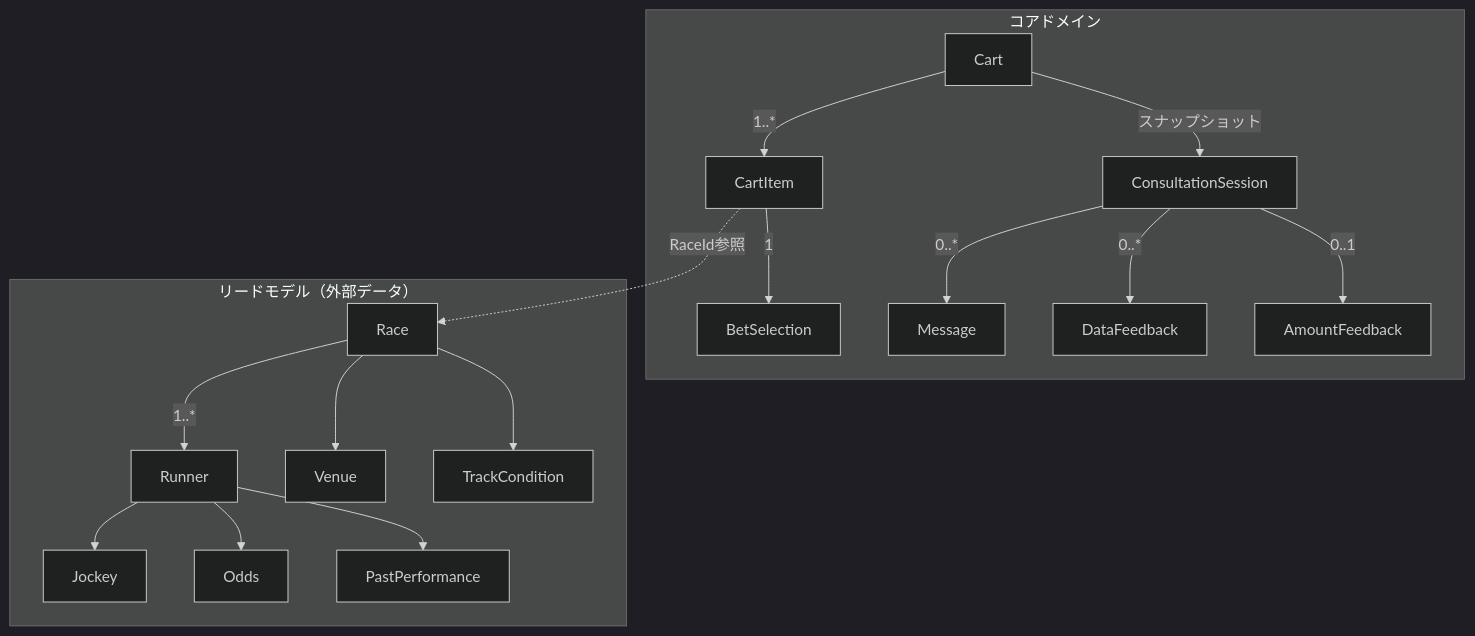
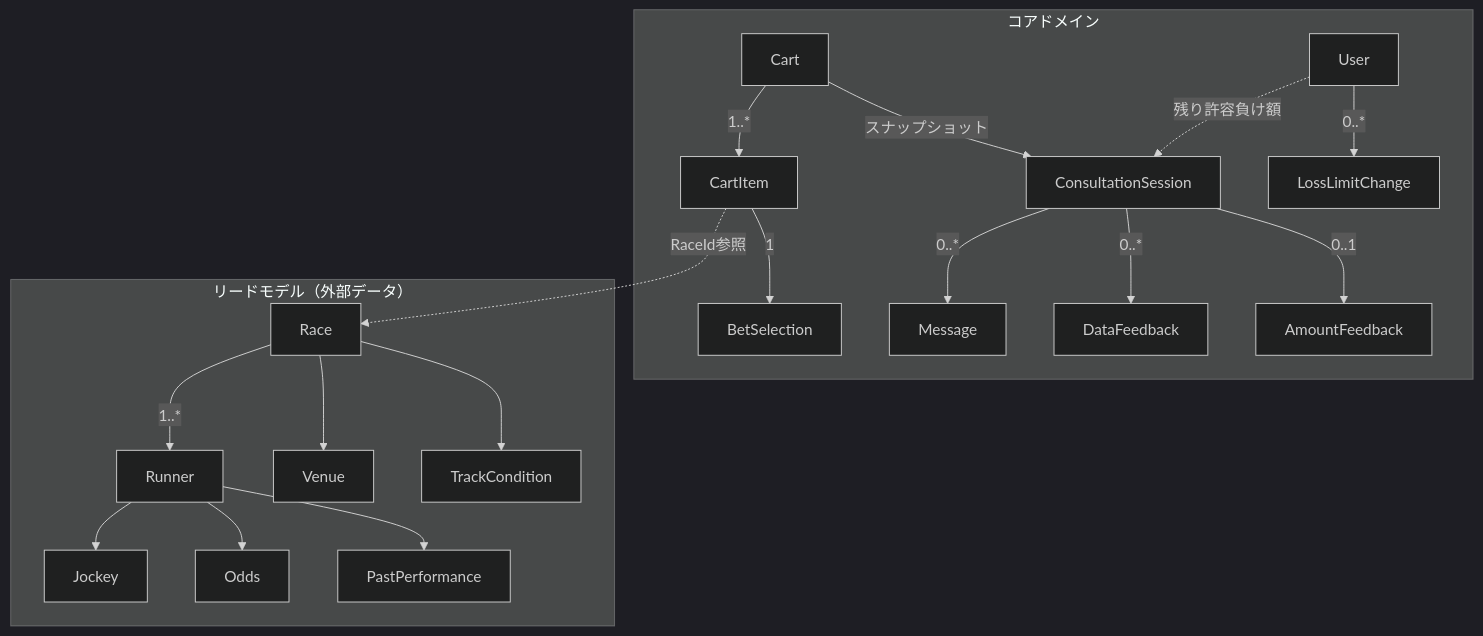
Before and after one commit to foie0222/baken-kaigi: the diagram in aidlc-docs/construction/unit_01_ai_dialog_public/docs/ubiquitous_language.md, drawn with Mermaid (dark theme). The commit also changed other lines of this file and 53 other files, not shown here.

````diff
--- a/aidlc-docs/construction/unit_01_ai_dialog_public/docs/ubiquitous_language.md
+++ b/aidlc-docs/construction/unit_01_ai_dialog_public/docs/ubiquitous_language.md
@@ -94,38 +104,42 @@
 ```mermaid
 flowchart TB
     subgraph Core["コアドメイン"]
         Cart["Cart"]
         CartItem["CartItem"]
         BetSelection["BetSelection"]
         Session["ConsultationSession"]
         Message["Message"]
         DataFeedback["DataFeedback"]
         AmountFeedback["AmountFeedback"]
+        User["User"]
+        LossLimitChange["LossLimitChange"]
 
         Cart -->|1..*| CartItem
         CartItem -->|1| BetSelection
         Cart -->|スナップショット| Session
         Session -->|0..*| Message
         Session -->|0..*| DataFeedback
         Session -->|0..1| AmountFeedback
+        User -->|0..*| LossLimitChange
+        User -.->|残り許容負け額| Session
     end
 
     subgraph ReadModel["リードモデル（外部データ）"]
         Race["Race"]
         Runner["Runner"]
         Jockey["Jockey"]
         Odds["Odds"]
         PastPerformance["PastPerformance"]
         Venue["Venue"]
         TrackCondition["TrackCondition"]
 
         Race -->|1..*| Runner
         Runner --> Jockey
         Runner --> Odds
         Runner --> PastPerformance
         Race --> Venue
         Race --> TrackCondition
     end
 
     CartItem -.->|RaceId参照| Race
 ```
````
